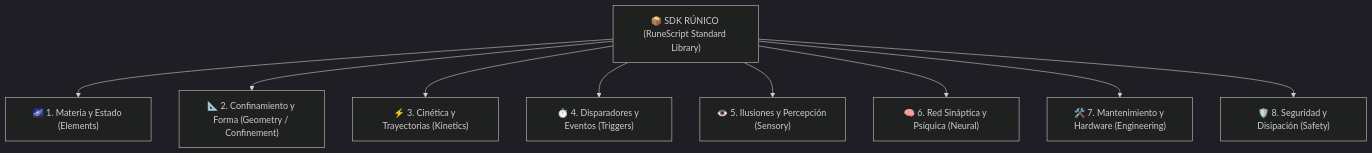
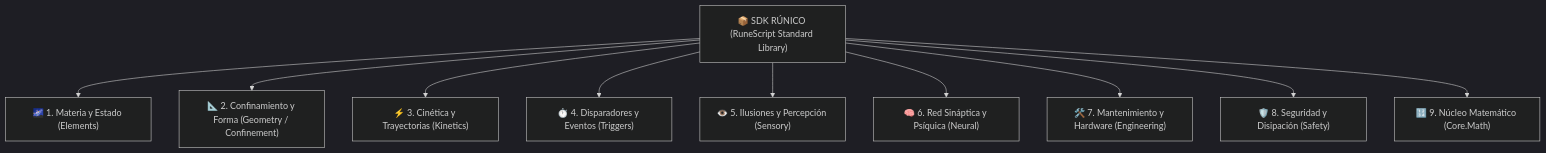
Before and after one commit to Gimsper/NeoterraVault: the diagram in Magia_Artificial_FATE/01_Mundo_y_Lore/Macro de Librerias SCMEH.md, drawn with Mermaid (dark theme). The commit also changed other lines of this file and 12 other files, not shown here.

Commit message:
feat(personaje): agregar Cometa de Rubi (CAAP-C06), archivos cifrados, assets e integrar libreria RuneScript.Core.Math

````diff
--- a/Magia_Artificial_FATE/01_Mundo_y_Lore/Macro de Librerias SCMEH.md
+++ b/Magia_Artificial_FATE/01_Mundo_y_Lore/Macro de Librerias SCMEH.md
@@ -38,13 +38,14 @@
 ```mermaid
 flowchart TD
     SDK["📦 SDK RÚNICO (RuneScript Standard Library)"]
     
     SDK --> ELEM["🌌 1. Materia y Estado (Elements)"]
     SDK --> CONF["📐 2. Confinamiento y Forma (Geometry / Confinement)"]
     SDK --> KIN["⚡ 3. Cinética y Trayectorias (Kinetics)"]
     SDK --> TRIG["⏱️ 4. Disparadores y Eventos (Triggers)"]
     SDK --> SENS["👁️ 5. Ilusiones y Percepción (Sensory)"]
     SDK --> NEUR["🧠 6. Red Sináptica y Psíquica (Neural)"]
     SDK --> ENG["🛠️ 7. Mantenimiento y Hardware (Engineering)"]
     SDK --> SAFE["🛡️ 8. Seguridad y Disipación (Safety)"]
+    SDK --> MATH["🔢 9. Núcleo Matemático (Core.Math)"]
 ```
````
